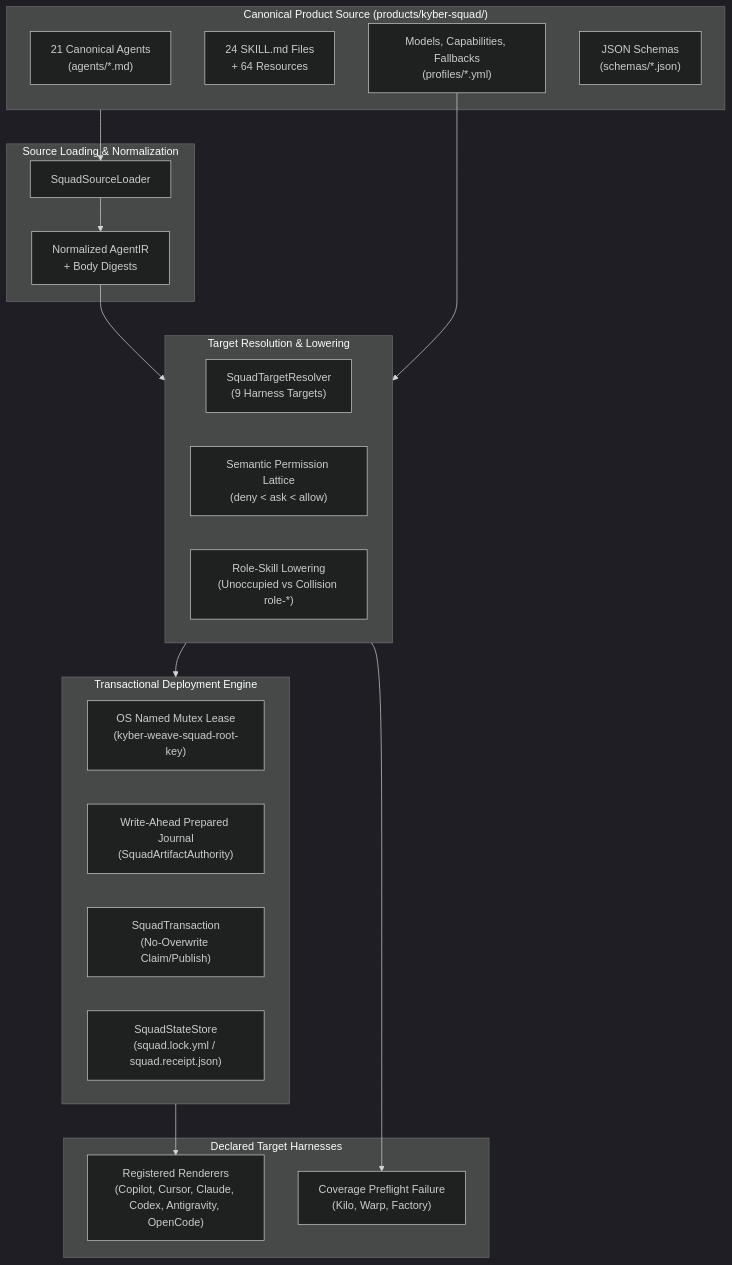
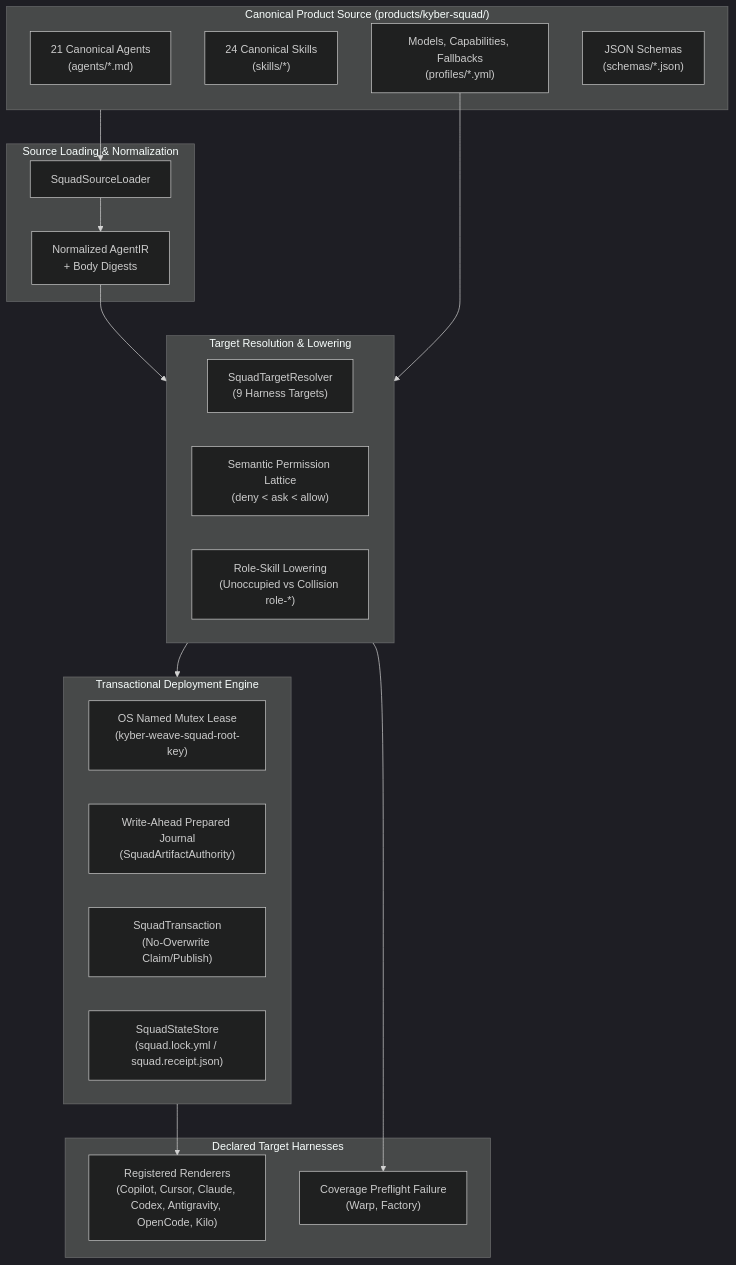
One commit to dpalfery/kyber-weave changed the first of 4 diagrams in docs/kyber-squad/architecture.md. Above: the diagram before and after it, drawn with Mermaid (dark theme). The commit also changed other lines of this file and 17 other files, not shown here.

First line of the commit message:
feat(squad): implement native Kilo harness renderer and update coverage docs

````diff
--- a/docs/kyber-squad/architecture.md
+++ b/docs/kyber-squad/architecture.md
@@ -44,40 +45,40 @@
 ```mermaid
 flowchart TD
     subgraph CanonicalSource["Canonical Product Source (products/kyber-squad/)"]
         Agents["21 Canonical Agents\n(agents/*.md)"]
-        Skills["24 SKILL.md Files\n+ 64 Resources"]
+        Skills["24 Canonical Skills\n(skills/*)"]
         Profiles["Models, Capabilities, Fallbacks\n(profiles/*.yml)"]
         Schemas["JSON Schemas\n(schemas/*.json)"]
     end
 
     subgraph Loader["Source Loading & Normalization"]
         SquadSourceLoader["SquadSourceLoader"]
         AgentIR["Normalized AgentIR\n+ Body Digests"]
     end
 
     subgraph Compiler["Target Resolution & Lowering"]
         SquadTargetResolver["SquadTargetResolver\n(9 Harness Targets)"]
         Lattice["Semantic Permission Lattice\n(deny < ask < allow)"]
         Lowering["Role-Skill Lowering\n(Unoccupied vs Collision role-*)"]
     end
 
     subgraph DeploymentEngine["Transactional Deployment Engine"]
         Mutex["OS Named Mutex Lease\n(kyber-weave-squad-root-key)"]
         Journal["Write-Ahead Prepared Journal\n(SquadArtifactAuthority)"]
         Transaction["SquadTransaction\n(No-Overwrite Claim/Publish)"]
         StateStore["SquadStateStore\n(squad.lock.yml / squad.receipt.json)"]
     end
 
     subgraph TargetHarnesses["Declared Target Harnesses"]
-        RegisteredTargets["Registered Renderers\n(Copilot, Cursor, Claude, Codex, Antigravity, OpenCode)"]
-        UnsupportedTargets["Coverage Preflight Failure\n(Kilo, Warp, Factory)"]
+        RegisteredTargets["Registered Renderers\n(Copilot, Cursor, Claude, Codex, Antigravity, OpenCode, Kilo)"]
+        UnsupportedTargets["Coverage Preflight Failure\n(Warp, Factory)"]
     end
 
     CanonicalSource --> SquadSourceLoader
     SquadSourceLoader --> AgentIR
     AgentIR --> Compiler
     Profiles --> Compiler
     Compiler --> DeploymentEngine
     DeploymentEngine --> RegisteredTargets
     Compiler --> UnsupportedTargets
 ```
````
